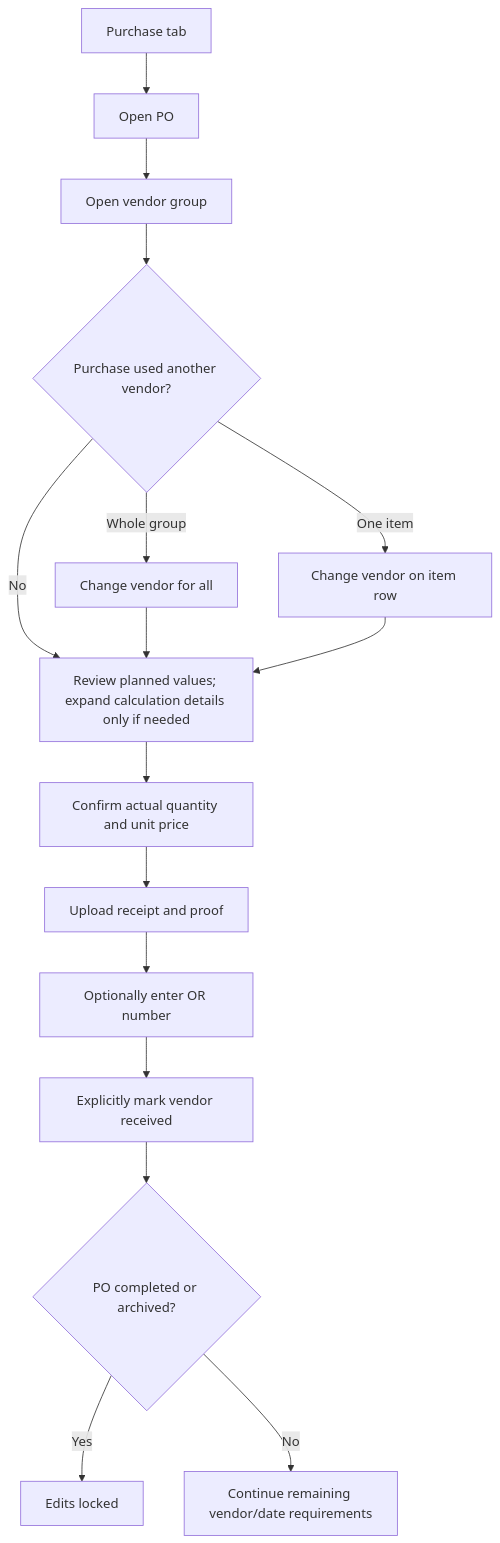
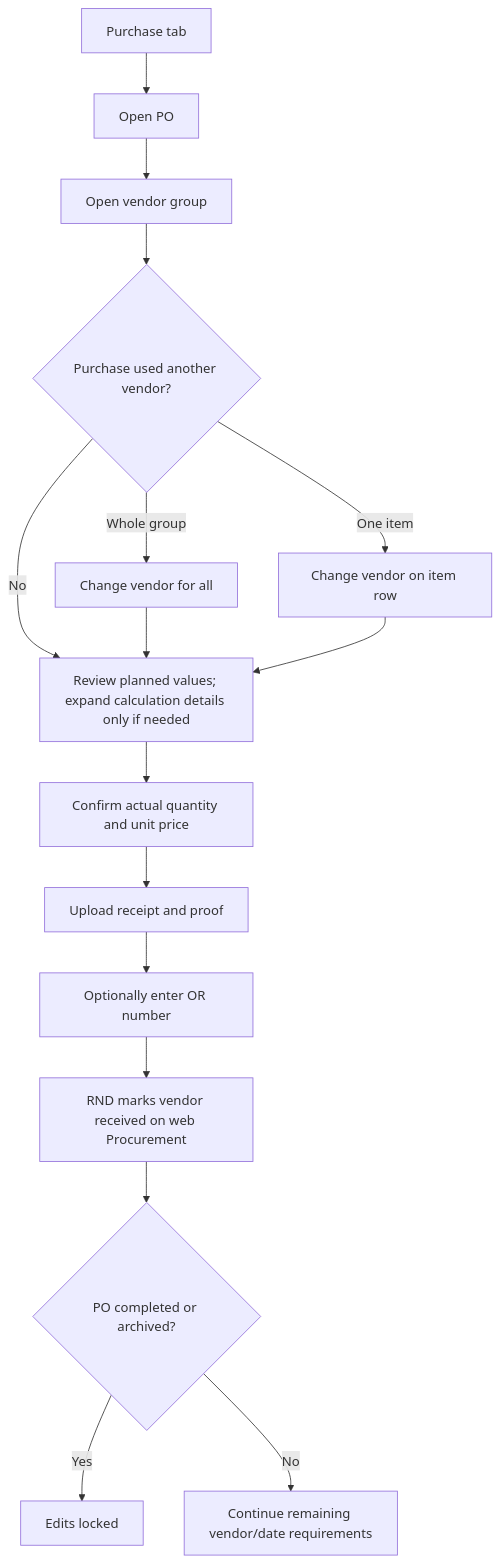
One commit to ja2gc/Nutriscope changed the third of 5 diagrams in docs/modules/Flowcharts/FSS Mobile Execution Flow.md. Above: the diagram before and after it, drawn with Mermaid. The commit also changed other lines of this file and 7 other files, not shown here.

Commit message:
docs: align vendor receiving guides with RND approval

````diff
--- a/docs/modules/Flowcharts/FSS Mobile Execution Flow.md
+++ b/docs/modules/Flowcharts/FSS Mobile Execution Flow.md
@@ -58,18 +58,18 @@
 ```mermaid
 flowchart TD
     A["Purchase tab"] --> B["Open PO"]
     B --> C["Open vendor group"]
     C --> C2{"Purchase used another vendor?"}
     C2 -->|"Whole group"| C3["Change vendor for all"]
     C2 -->|"One item"| C4["Change vendor on item row"]
     C2 -->|"No"| D
     C3 --> D["Review planned values; expand calculation details only if needed"]
     C4 --> D
     D --> E["Confirm actual quantity and unit price"]
     E --> F["Upload receipt and proof"]
     F --> G["Optionally enter OR number"]
-    G --> H["Explicitly mark vendor received"]
+    G --> H["RND marks vendor received on web Procurement"]
     H --> I{"PO completed or archived?"}
     I -->|"Yes"| J["Edits locked"]
     I -->|"No"| K["Continue remaining vendor/date requirements"]
 ```
````
